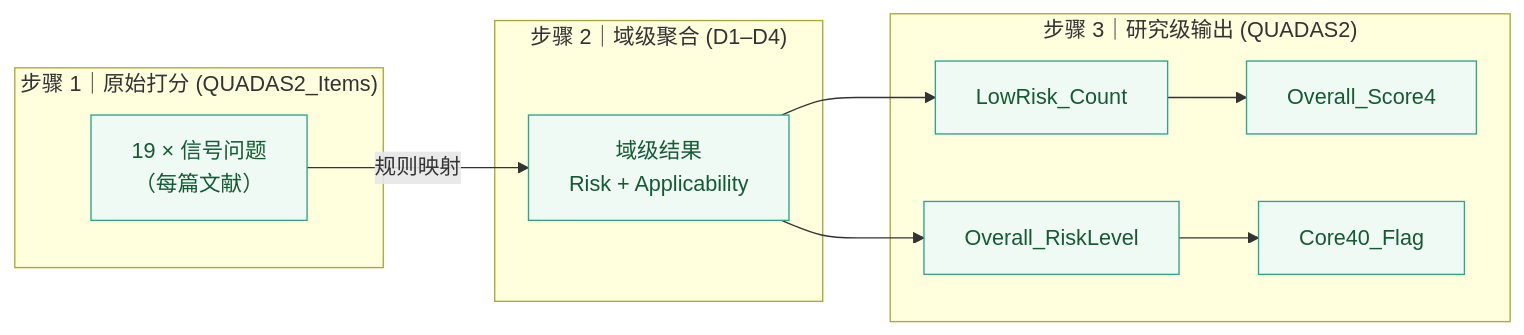
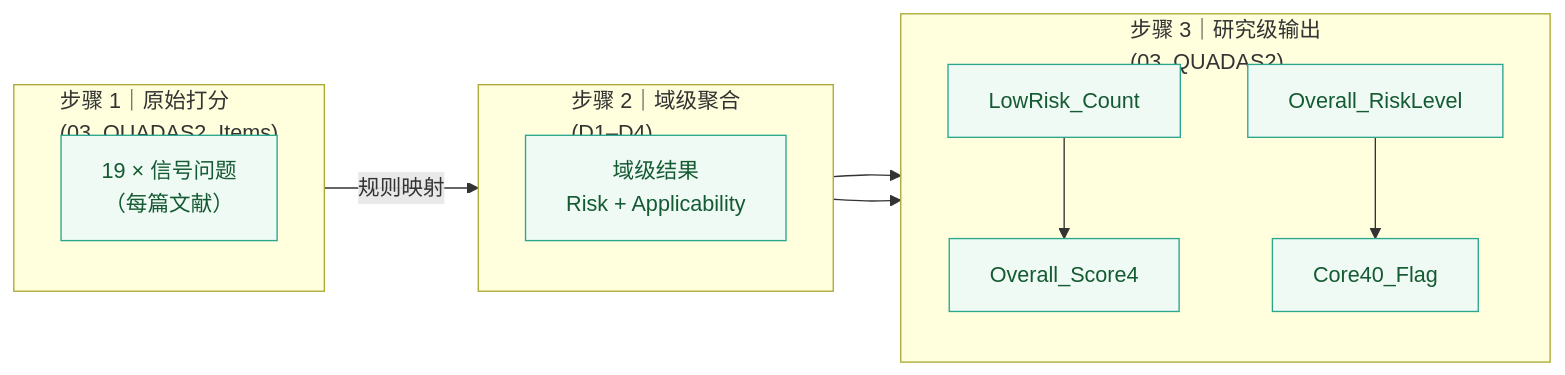
One commit to zhi-neng-ma-hua/StrokeGuardianAI changed the diagram in research/literature-review/zh/文献质量评估指南_QUADAS2.md.md. Above: the diagram before and after it, drawn with Mermaid. The commit also changed other lines of this file, not shown here.

````diff
--- a/research/literature-review/zh/文献质量评估指南_QUADAS2.md.md
+++ b/research/literature-review/zh/文献质量评估指南_QUADAS2.md.md
@@ -83,31 +85,34 @@
 ```mermaid
 flowchart LR
-    %% ────────── 步骤 1 ──────────
-    subgraph STEP1["步骤 1｜原始打分 (QUADAS2_Items)"]
+    %% ---------- Step 1 ----------
+    subgraph STEP1["步骤 1｜原始打分<br/>(03_QUADAS2_Items)"]
+        direction TB
         A["19 × 信号问题<br/>（每篇文献）"]
     end
 
-    %% ────────── 步骤 2 ──────────
-    subgraph STEP2["步骤 2｜域级聚合 (D1–D4)"]
+    %% ---------- Step 2 ----------
+    subgraph STEP2["步骤 2｜域级聚合<br/>(D1–D4)"]
+        direction TB
         B["域级结果<br/>Risk + Applicability"]
     end
 
-    %% ────────── 步骤 3 ──────────
-    subgraph STEP3["步骤 3｜研究级输出 (QUADAS2)"]
+    %% ---------- Step 3 ----------
+    subgraph STEP3["步骤 3｜研究级输出<br/>(03_QUADAS2)"]
+        direction TB
         C1["LowRisk_Count"]
         C2["Overall_Score4"]
         C3["Overall_RiskLevel"]
         C4["Core40_Flag"]
     end
 
-    %% ────────── 关系 ──────────
+    %% ----------- 流向 -----------
     A -- 规则映射 --> B
     B --> C1
     C1 --> C2
     B --> C3
     C3 --> C4
 
-    %% ────────── 视觉样式 ──────────
+    %% ----------- 视觉样式 -----------
     classDef box fill:#F0FAF5,stroke:#2CA58D,color:#145A32,stroke-width:1px;
     class A,B,C1,C2,C3,C4 box;
 ```
````
